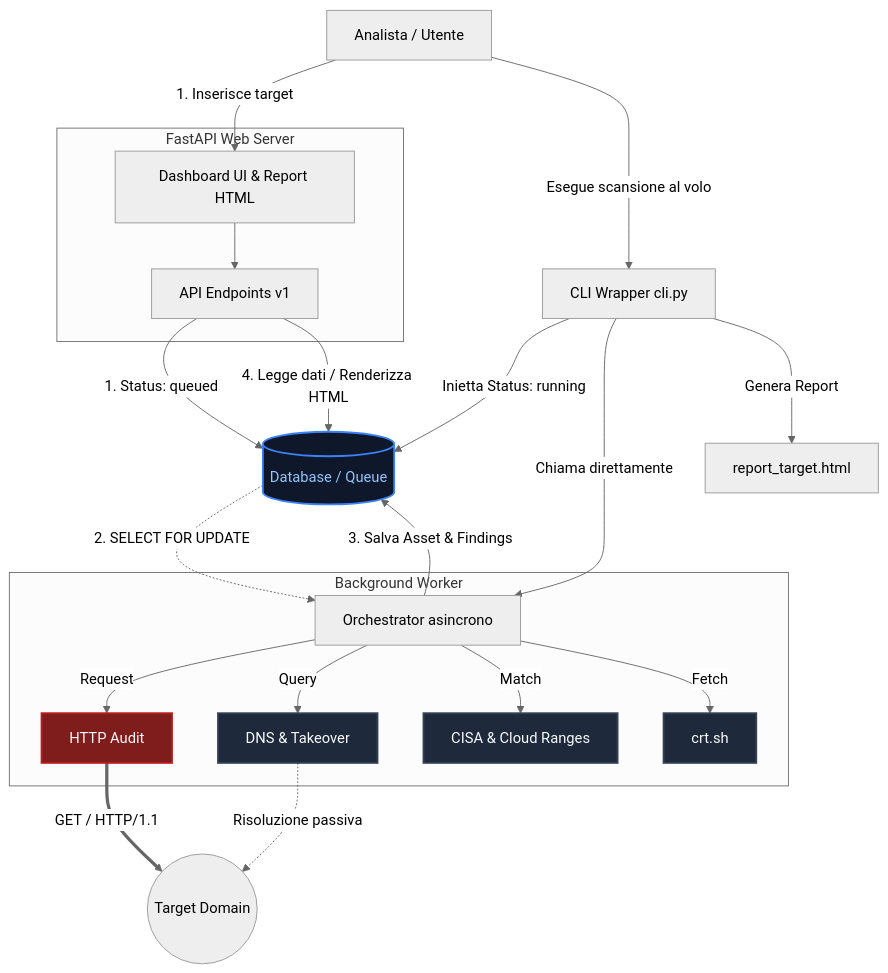
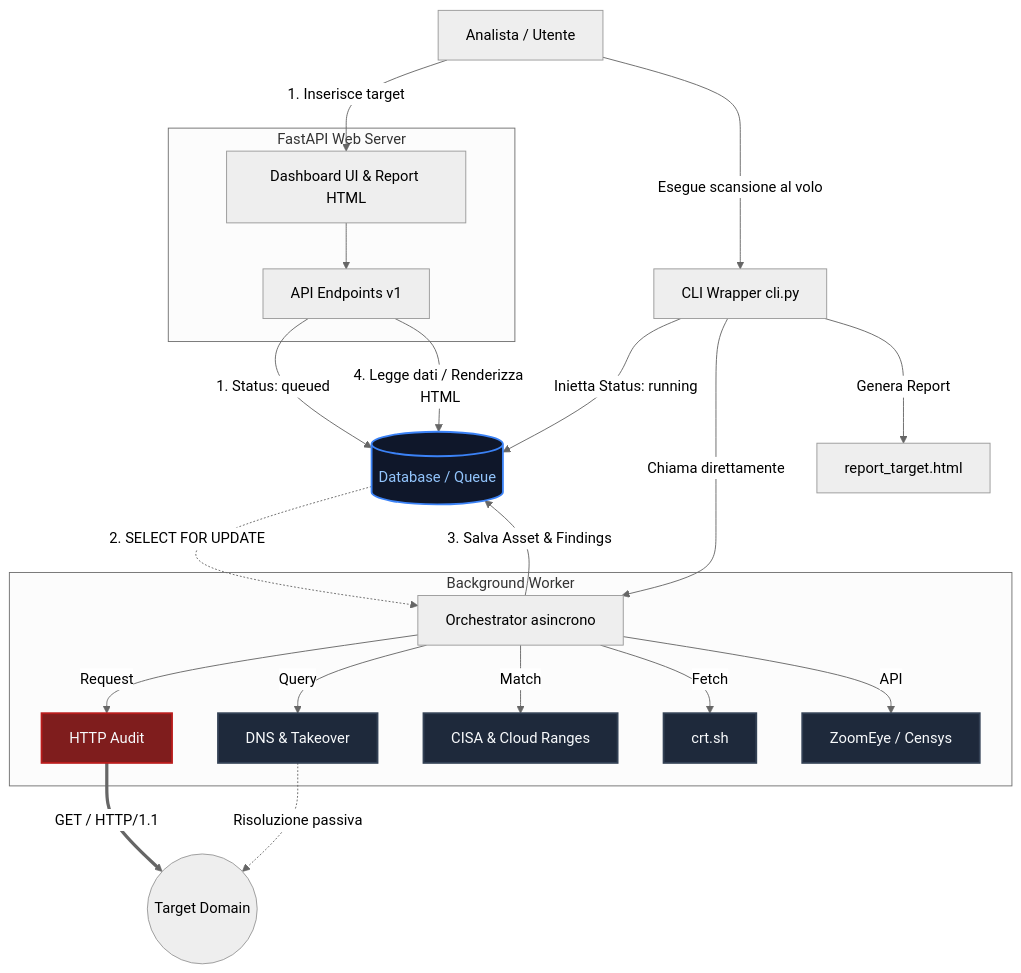
The diagram in README.md (MatteRosati/Nexus-X), drawn with Mermaid (neutral theme) before and after one commit. The commit also changed other lines of this file and 11 other files, not shown here.

Commit message:
feat: integrate ZoomEye and LeakLookup collectors and implement a new sidebar-based dashboard UI

````diff
--- a/README.md
+++ b/README.md
@@ -72,63 +73,65 @@
 ```mermaid
 graph TD
     %% Entità Esterne
     Utente[Analista / Utente]
     Target((Target Domain))
     
     %% API e Frontend
     subgraph Web_Layer [FastAPI Web Server]
         Dashboard[Dashboard UI & Report HTML]
         API[API Endpoints v1]
         Dashboard --> API
     end
     
     %% CLI
     CLI[CLI Wrapper cli.py]
     
     %% Database
     DB[(Database / Queue)]
     
     %% Motore EASM
     subgraph EASM_Engine [Background Worker]
         Orchestrator[Orchestrator asincrono]
         
         %% Collettori
         C_HTTP[HTTP Audit]
         C_DNS[DNS & Takeover]
         C_OSINT[CISA & Cloud Ranges]
         C_CRTSH[crt.sh]
+        C_ZOOMEYE[ZoomEye / Censys]
         
         Orchestrator -->|Request| C_HTTP
         Orchestrator -->|Query| C_DNS
         Orchestrator -->|Match| C_OSINT
         Orchestrator -->|Fetch| C_CRTSH
+        Orchestrator -->|API| C_ZOOMEYE
     end
     
     %% Relazioni Utente
     Utente -->|1. Inserisce target| Dashboard
     Utente -->|Esegue scansione al volo| CLI
     
     %% Flusso Web/Worker (Asincrono)
     API -->|1. Status: queued| DB
     DB -.->|2. SELECT FOR UPDATE| Orchestrator
     Orchestrator -->|3. Salva Asset & Findings| DB
     API -->|4. Legge dati / Renderizza HTML| DB
     
     %% Flusso CLI (Sincrono)
     CLI -->|Inietta Status: running| DB
     CLI -->|Chiama direttamente| Orchestrator
     CLI -->|Genera Report| FileHTML[report_target.html]
     
     %% Contatti col bersaglio
     C_DNS -.->|Risoluzione passiva| Target
     C_HTTP ==>|GET / HTTP/1.1| Target
     
     %% Stili
     classDef passive fill:#1e293b,stroke:#334155,stroke-width:2px,color:#f8fafc;
     classDef active fill:#7f1d1d,stroke:#b91c1c,stroke-width:2px,color:#f8fafc;
     classDef db fill:#0f172a,stroke:#3b82f6,stroke-width:2px,color:#93c5fd;
     
-    class C_DNS,C_OSINT,C_CRTSH passive;
+    class C_DNS,C_OSINT,C_CRTSH,C_ZOOMEYE passive;
     class C_HTTP active;
     class DB db;
 ```
````
